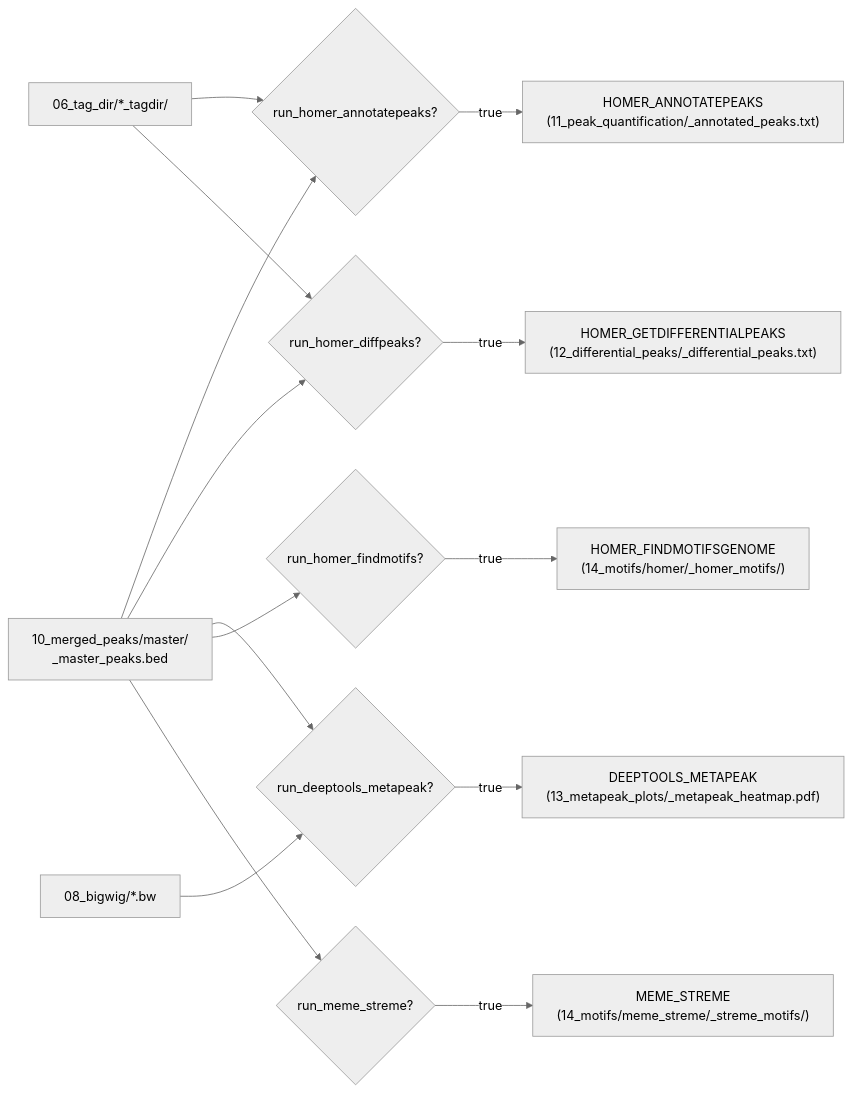
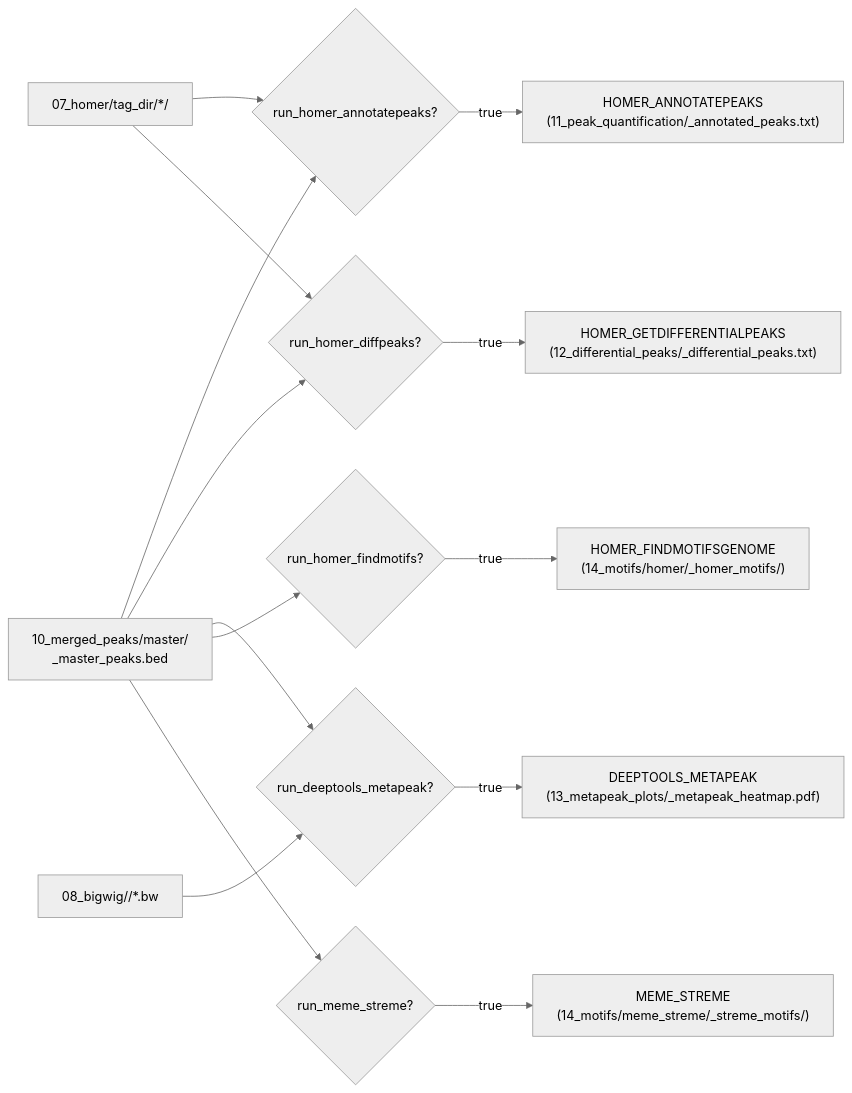
One commit to DanHUMassMed/Cut_And_Run_Analysis changed the third of 3 diagrams in docs/USERS_GUIDE.md. Above: the diagram before and after it, drawn with Mermaid (neutral theme). The commit also changed other lines of this file and 9 other files, not shown here.

````diff
--- a/docs/USERS_GUIDE.md
+++ b/docs/USERS_GUIDE.md
@@ -294,20 +285,20 @@
 ```mermaid
 flowchart LR
     MASTER["10_merged_peaks/master/\n<target>_master_peaks.bed"] --> ANNOT_TOGGLE{"run_homer_annotatepeaks?"}
-    TAG["06_tag_dir/*_tagdir/"] --> ANNOT_TOGGLE
+    TAG["07_homer/tag_dir/*/"] --> ANNOT_TOGGLE
     ANNOT_TOGGLE -- "true" --> ANNOT["HOMER_ANNOTATEPEAKS\n(11_peak_quantification/<target>_annotated_peaks.txt)"]
 
     MASTER --> DIFF_TOGGLE{"run_homer_diffpeaks?"}
     TAG --> DIFF_TOGGLE
     DIFF_TOGGLE -- "true" --> DIFF["HOMER_GETDIFFERENTIALPEAKS\n(12_differential_peaks/<contrast_id>_differential_peaks.txt)"]
 
     MASTER --> META_TOGGLE{"run_deeptools_metapeak?"}
-    BW["08_bigwig/*.bw"] --> META_TOGGLE
+    BW["08_bigwig/<bigwig_source>/*.bw"] --> META_TOGGLE
     META_TOGGLE -- "true" --> METAPEAK["DEEPTOOLS_METAPEAK\n(13_metapeak_plots/<target>_metapeak_heatmap.pdf)"]
 
     MASTER --> MOTIF_H_TOGGLE{"run_homer_findmotifs?"}
     MOTIF_H_TOGGLE -- "true" --> HOMER_M["HOMER_FINDMOTIFSGENOME\n(14_motifs/homer/<target>_homer_motifs/)"]
 
     MASTER --> MOTIF_M_TOGGLE{"run_meme_streme?"}
     MOTIF_M_TOGGLE -- "true" --> MEME_M["MEME_STREME\n(14_motifs/meme_streme/<target>_streme_motifs/)"]
 ```
````
